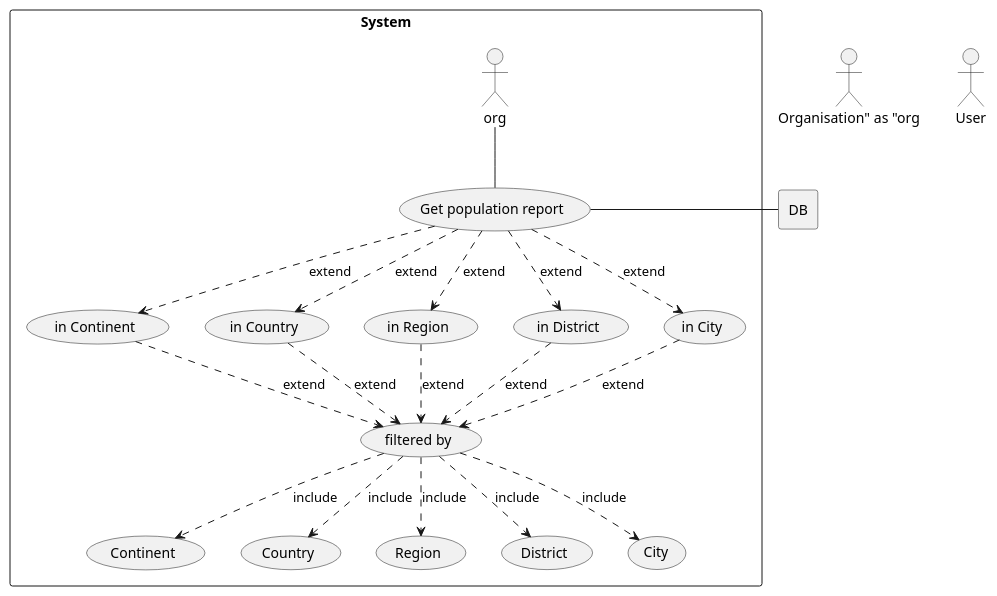
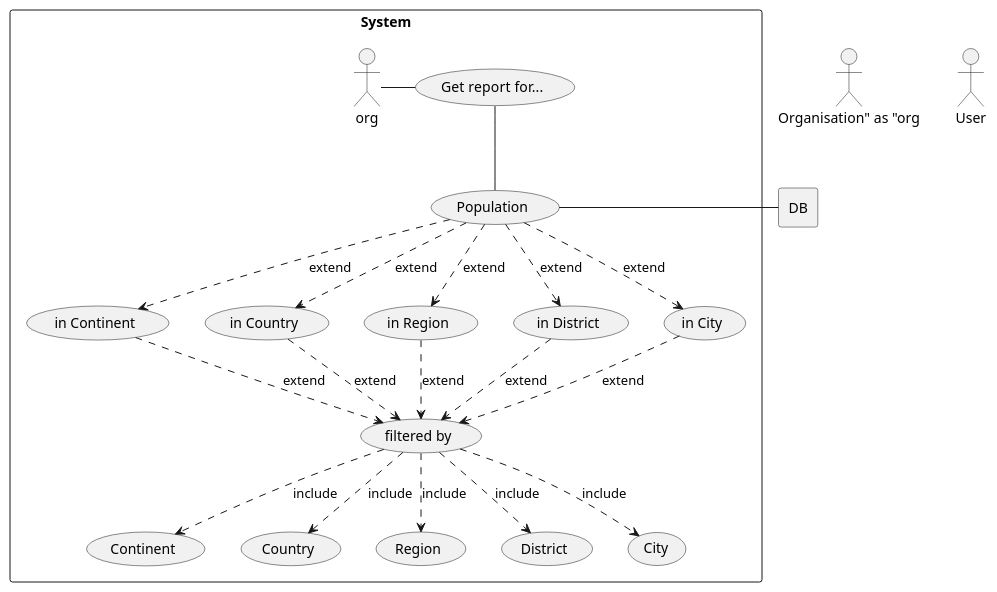
The diagram in use-cases/project-use-case-diagram.puml (markusmeresma/SEM-coursework), drawn with PlantUML before and after one commit.

Commit message:
Updated project-use-case-diagram.puml to separate use case of get report for separation into population and language report

```diff
--- a/use-cases/project-use-case-diagram.puml
+++ b/use-cases/project-use-case-diagram.puml
@@ -1,41 +1,43 @@
 @startuml
 
 actor "Organisation" as "org"
 actor "User"
 
 rectangle DB
 
 rectangle System{
-    usecase uc1 as "Get population report"
+    usecase uc_report as "Get report for..."
+    usecase uc1 as "Population"
     usecase uc_pc as "in Continent"
     usecase uc_pcn as "in Country"
     usecase uc_pr as "in Region"
     usecase uc_pdt as "in District"
     usecase uc_pct as "in City"
     usecase uc_filter as "filtered by"
     usecase uc_f_c as "Continent"
     usecase uc_f_cn as "Country"
     usecase uc_f_r as "Region"
     usecase uc_f_dt as "District"
     usecase uc_f_ct as "City"
 
-    org -- uc1
+    org - uc_report
+    uc_report -- uc1
     uc1 - DB
     uc1 ..> uc_pc : extend
     uc1 ..> uc_pcn : extend
     uc1 ..> uc_pr : extend
     uc1 ..> uc_pdt : extend
     uc1 ..> uc_pct : extend
     uc_pc ..> uc_filter : extend
     uc_pcn ..> uc_filter : extend
     uc_pr ..> uc_filter : extend
     uc_pdt ..> uc_filter : extend
     uc_pct ..> uc_filter : extend
     uc_filter ..> uc_f_c : include
     uc_filter ..> uc_f_cn : include
     uc_filter ..> uc_f_r : include
     uc_filter ..> uc_f_dt : include
     uc_filter ..> uc_f_ct: include
 
     }
 @enduml
```
